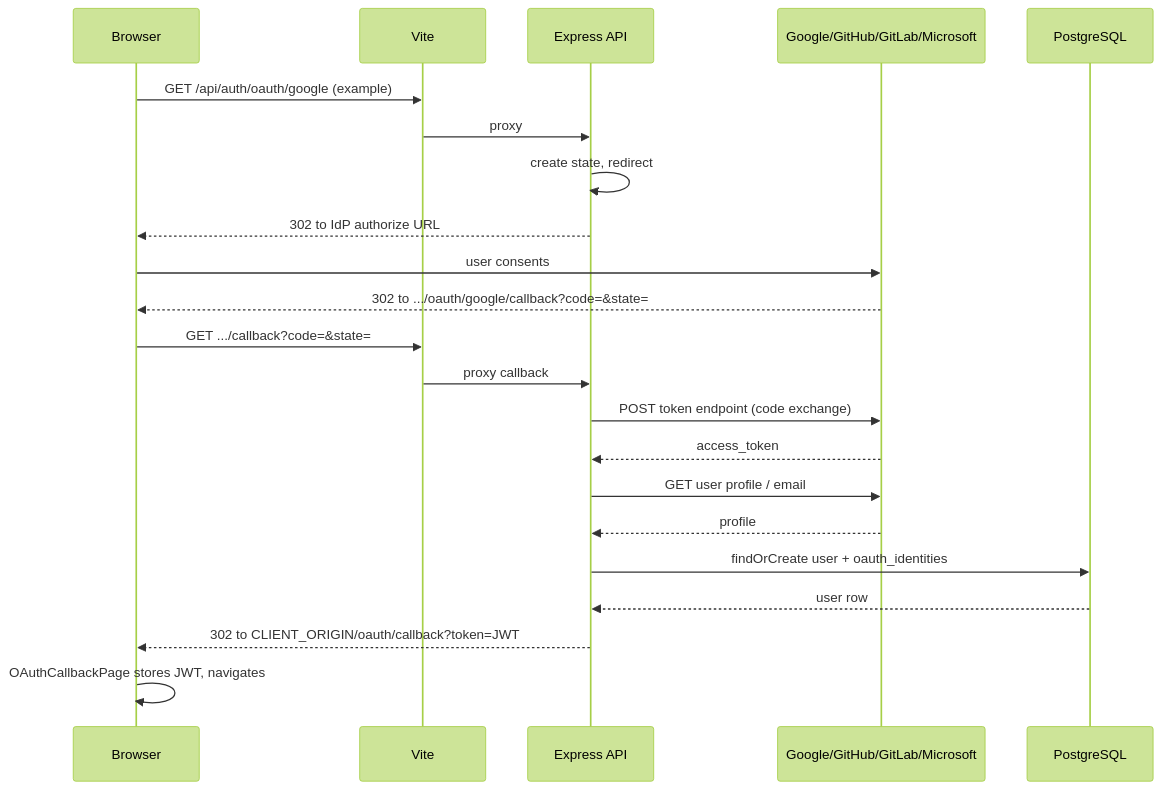
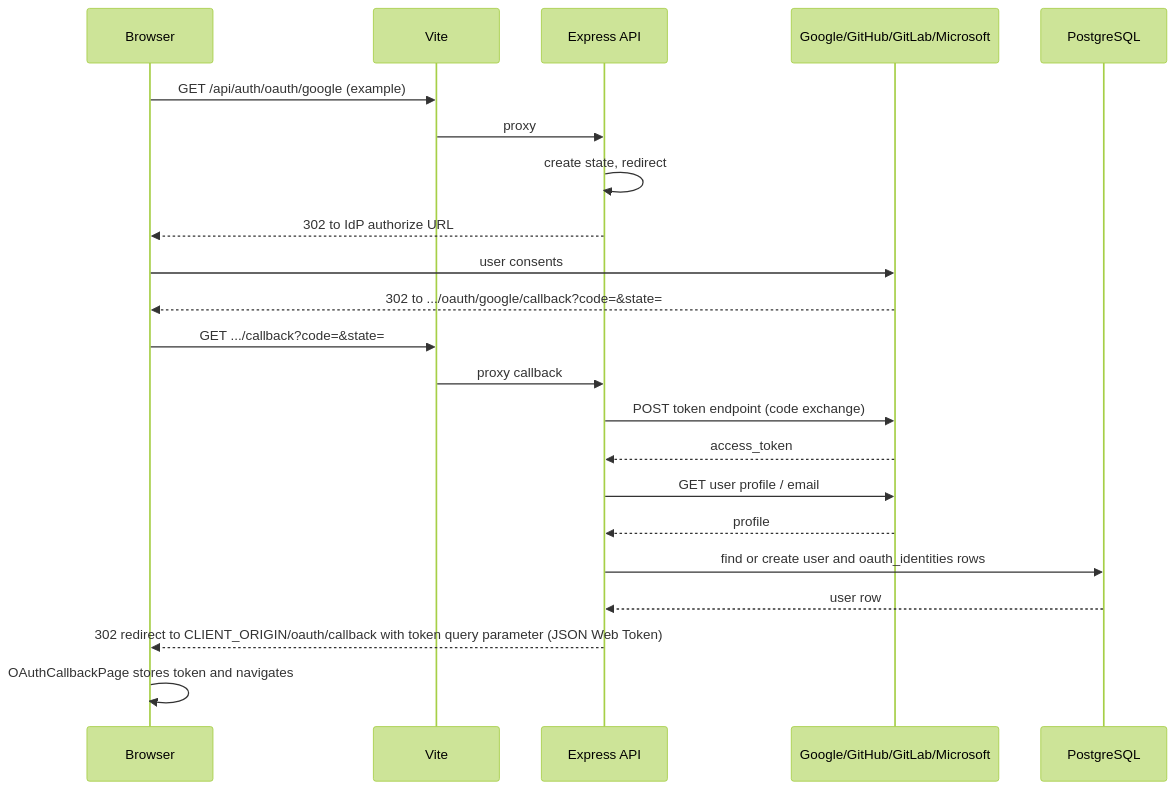
The tenth of 10 diagrams in docs/ARCHITECTURE_DIAGRAM.md (becomeonewiththecode/expense_tracker), drawn with Mermaid (forest theme) before and after one commit. The commit also changed other lines of this file and 6 other files, not shown here.

````diff
--- a/docs/ARCHITECTURE_DIAGRAM.md
+++ b/docs/ARCHITECTURE_DIAGRAM.md
@@ -354,25 +362,25 @@
 ```mermaid
 sequenceDiagram
   participant Browser
   participant Vite
   participant API as Express API
   participant IdP as Google/GitHub/GitLab/Microsoft
   participant PG as PostgreSQL
 
   Browser->>Vite: GET /api/auth/oauth/google (example)
   Vite->>API: proxy
   API->>API: create state, redirect
   API-->>Browser: 302 to IdP authorize URL
   Browser->>IdP: user consents
   IdP-->>Browser: 302 to .../oauth/google/callback?code=&state=
   Browser->>Vite: GET .../callback?code=&state=
   Vite->>API: proxy callback
   API->>IdP: POST token endpoint (code exchange)
   IdP-->>API: access_token
   API->>IdP: GET user profile / email
   IdP-->>API: profile
-  API->>PG: findOrCreate user + oauth_identities
+  API->>PG: find or create user and oauth_identities rows
   PG-->>API: user row
-  API-->>Browser: 302 to CLIENT_ORIGIN/oauth/callback?token=JWT
-  Browser->>Browser: OAuthCallbackPage stores JWT, navigates
+  API-->>Browser: 302 redirect to CLIENT_ORIGIN/oauth/callback with token query parameter (JSON Web Token)
+  Browser->>Browser: OAuthCallbackPage stores token and navigates
 ```
````
